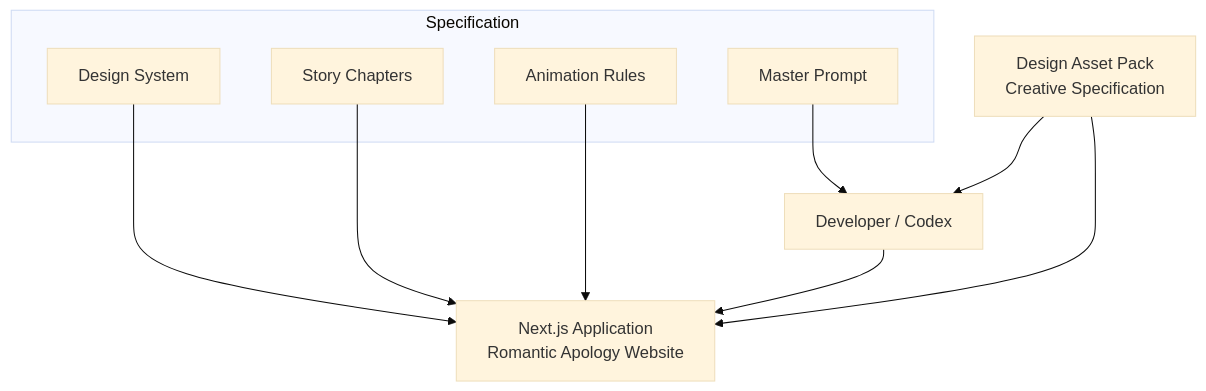
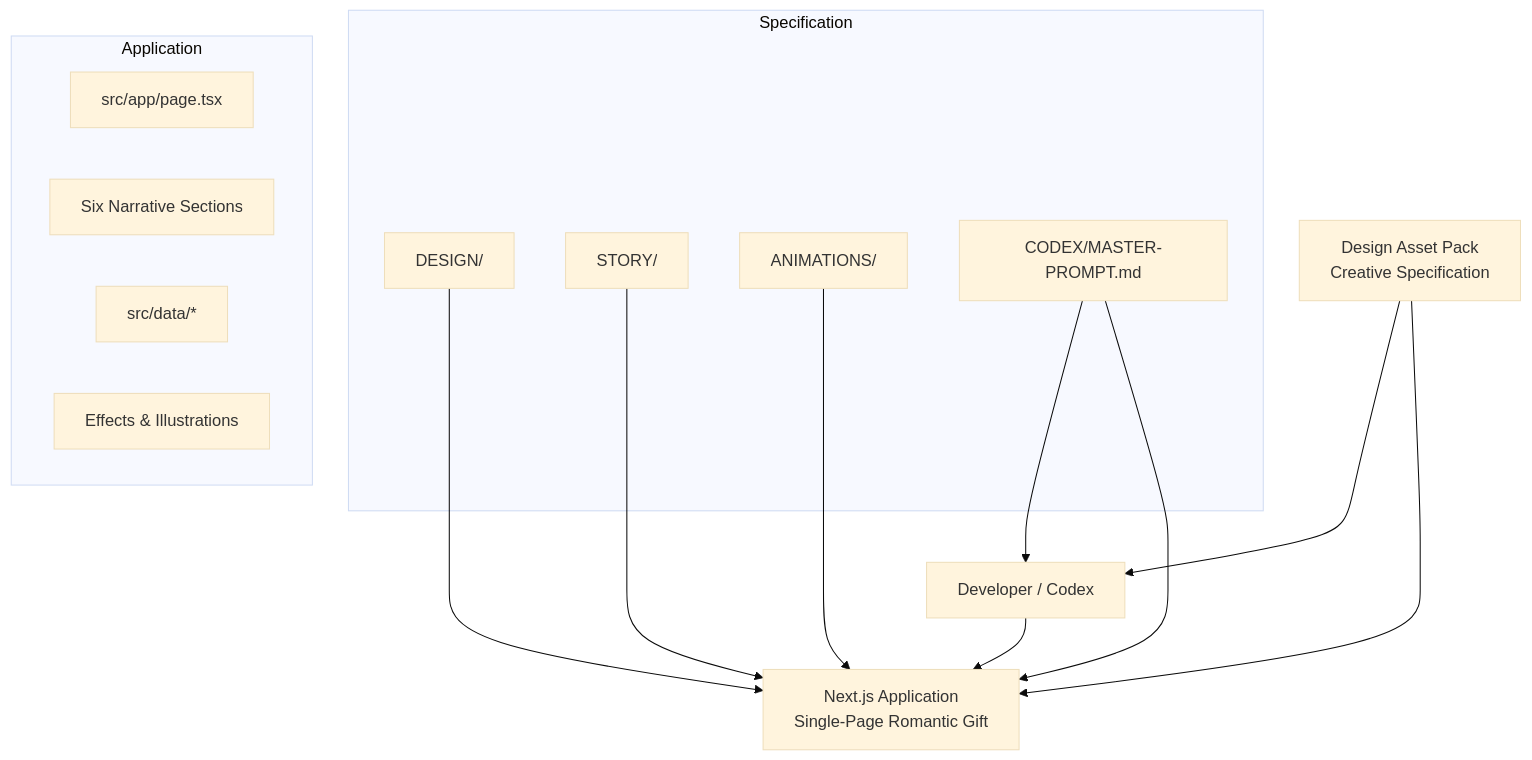
Before and after one commit to quangkiet1/anh-xin-loi: the second of 4 diagrams in .qoder/repowiki/en/content/Project Overview.md, drawn with Mermaid (base theme). The commit also changed other lines of this file and 13 other files, not shown here.

````diff
--- a/.qoder/repowiki/en/content/Project Overview.md
+++ b/.qoder/repowiki/en/content/Project Overview.md
@@ -99,16 +137,23 @@
 ```mermaid
 graph TB
 Spec["Design Asset Pack<br/>Creative Specification"] --> Dev["Developer / Codex"]
-Spec --> NextApp["Next.js Application<br/>Romantic Apology Website"]
+Spec --> App["Next.js Application<br/>Single-Page Romantic Gift"]
 subgraph "Specification"
-DS["Design System"]
-ST["Story Chapters"]
-AN["Animation Rules"]
-MP["Master Prompt"]
+DS["DESIGN/"]
+ST["STORY/"]
+AN["ANIMATIONS/"]
+MP["CODEX/MASTER-PROMPT.md"]
 end
-DS --> NextApp
-ST --> NextApp
-AN --> NextApp
+subgraph "Application"
+Page["src/app/page.tsx"]
+Sections["Six Narrative Sections"]
+Data["src/data/*"]
+Effects["Effects & Illustrations"]
+end
+DS --> App
+ST --> App
+AN --> App
 MP --> Dev
-Dev --> NextApp
+MP --> App
+Dev --> App
 ```
````
